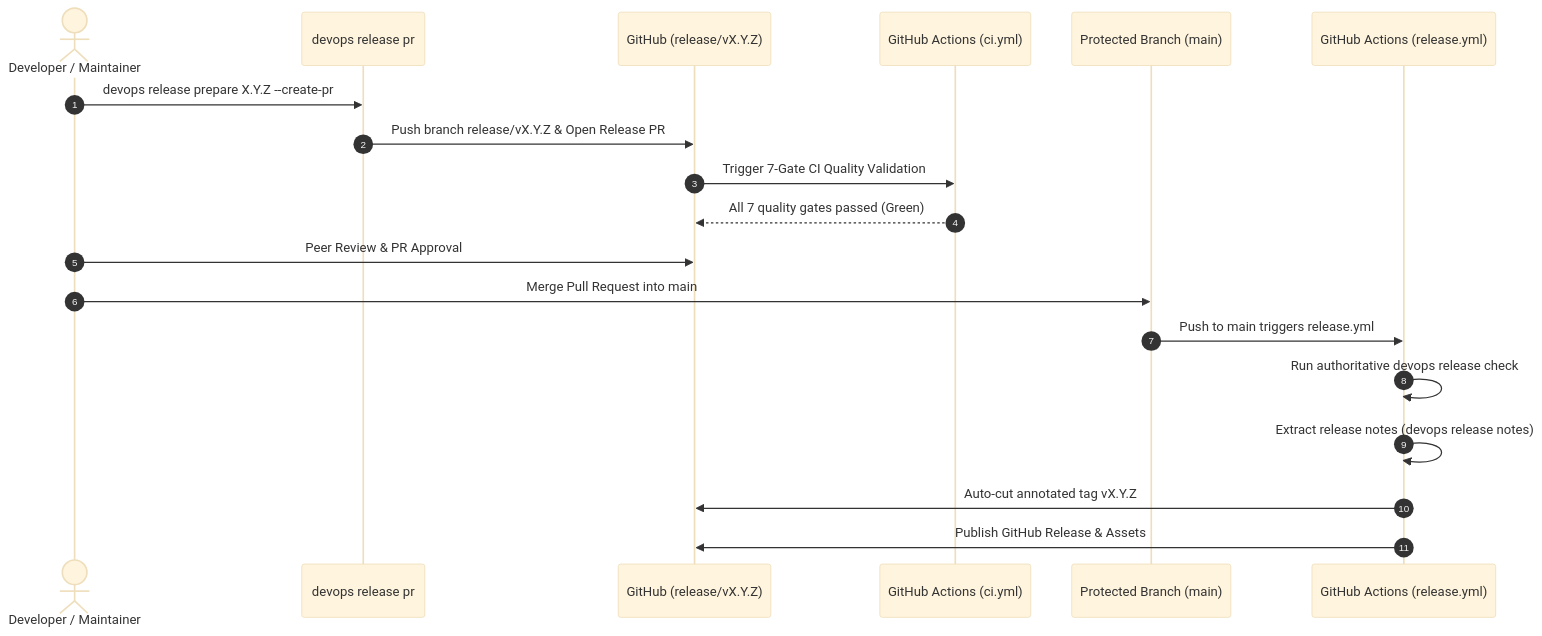
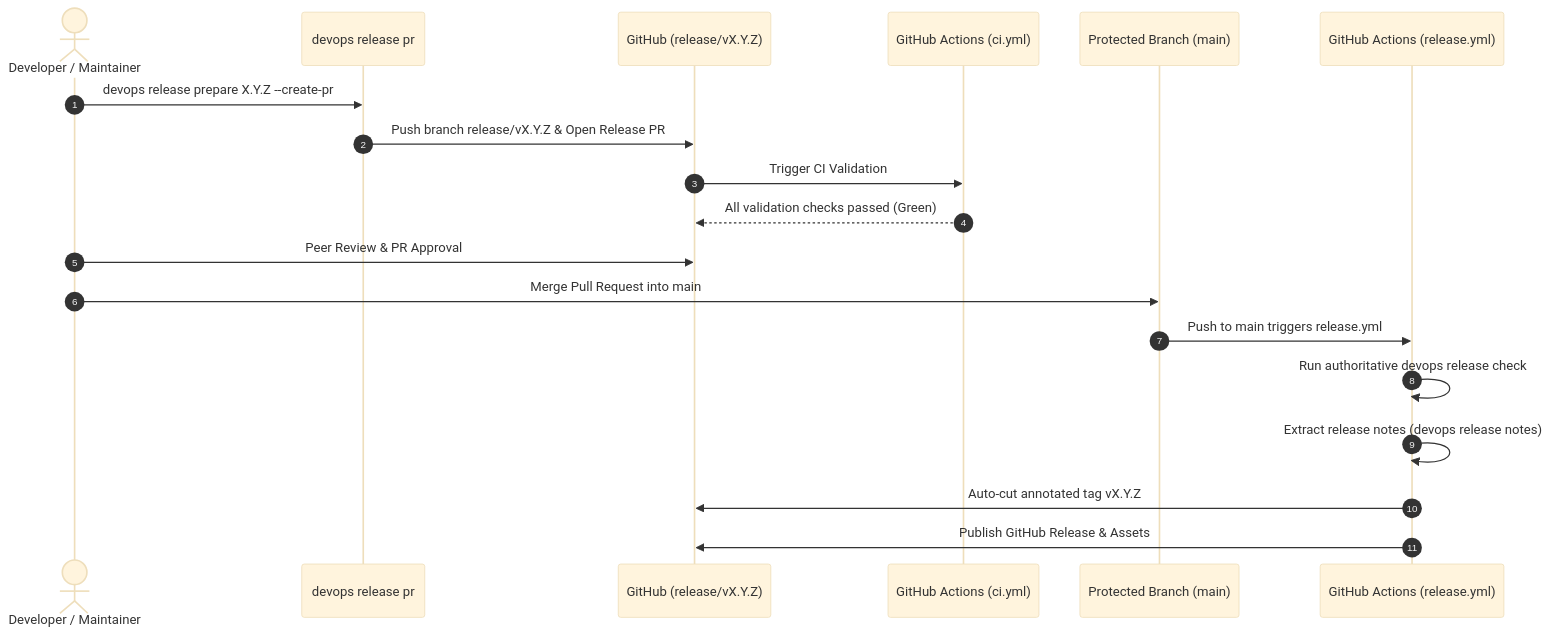
One commit to dan-petty/devops-cli changed the second of 2 diagrams in RELEASE_CYCLE.md. Above: the diagram before and after it, drawn with Mermaid (base theme). The commit also changed other lines of this file and 79 other files, not shown here.

````diff
--- a/RELEASE_CYCLE.md
+++ b/RELEASE_CYCLE.md
@@ -134,22 +140,22 @@
 ```mermaid
 sequenceDiagram
     autonumber
     actor Dev as Developer / Maintainer
     participant CLI as devops release pr
     participant Git as GitHub (release/vX.Y.Z)
     participant CI as GitHub Actions (ci.yml)
     participant Main as Protected Branch (main)
     participant Rel as GitHub Actions (release.yml)
 
     Dev->>CLI: devops release prepare X.Y.Z --create-pr
     CLI->>Git: Push branch release/vX.Y.Z & Open Release PR
-    Git->>CI: Trigger 7-Gate CI Quality Validation
-    CI-->>Git: All 7 quality gates passed (Green)
+    Git->>CI: Trigger CI Validation
+    CI-->>Git: All validation checks passed (Green)
     Dev->>Git: Peer Review & PR Approval
     Dev->>Main: Merge Pull Request into main
     Main->>Rel: Push to main triggers release.yml
     Rel->>Rel: Run authoritative devops release check
     Rel->>Rel: Extract release notes (devops release notes)
     Rel->>Git: Auto-cut annotated tag vX.Y.Z
     Rel->>Git: Publish GitHub Release & Assets
 ```
````
